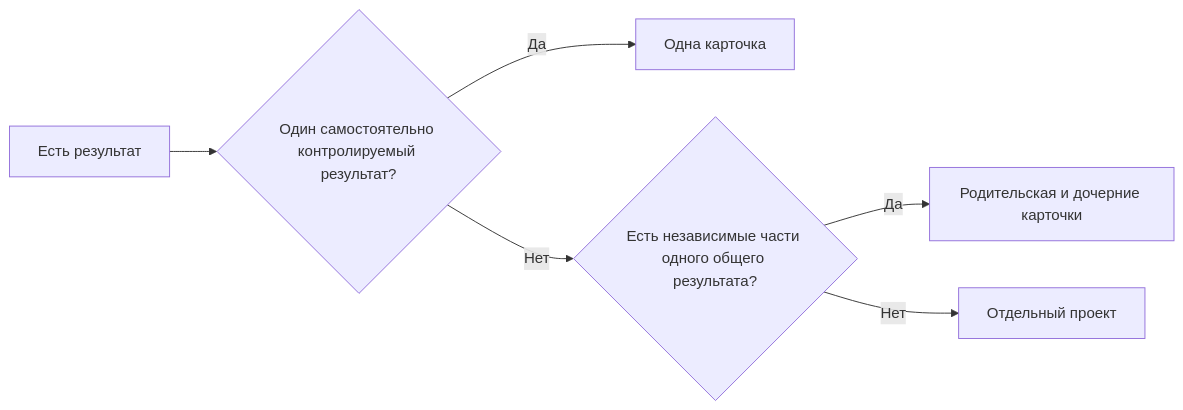
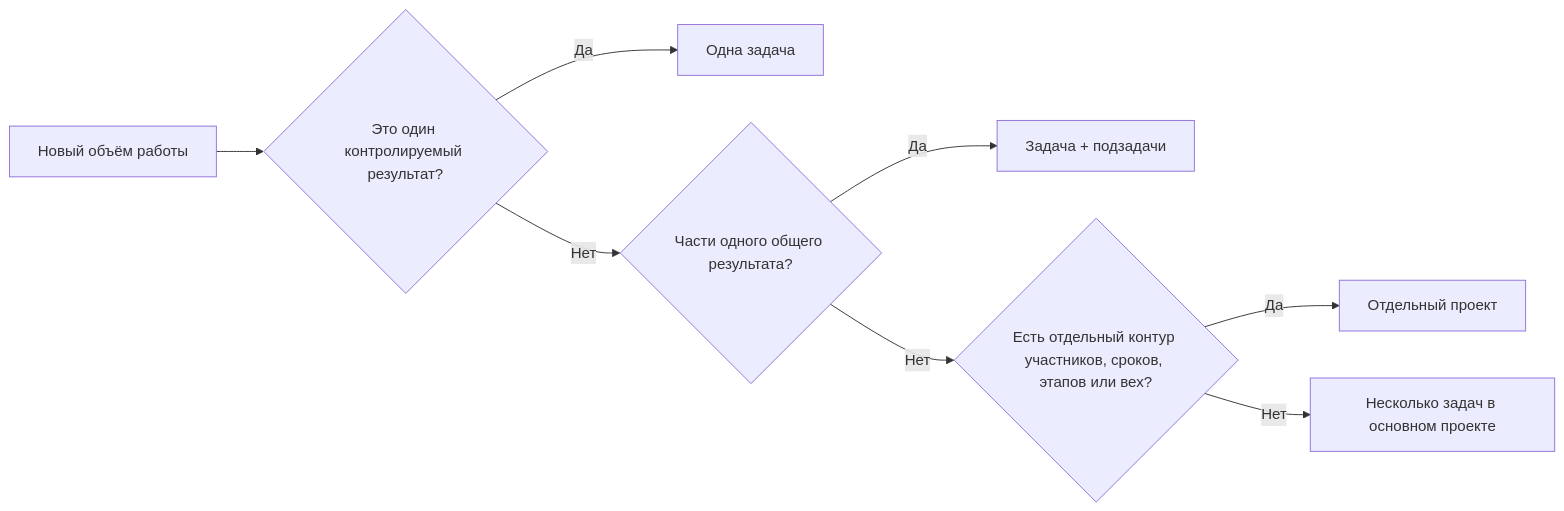
The fourth of 4 diagrams in docs/01-methodology.md (lazuale/department), drawn with Mermaid before and after one commit. The commit also changed other lines of this file, not shown here.

````diff
--- a/docs/01-methodology.md
+++ b/docs/01-methodology.md
@@ -292,8 +319,10 @@
 ```mermaid
 flowchart LR
-    A[Есть результат] --> B{Один самостоятельно контролируемый результат?}
-    B -- Да --> C[Одна карточка]
-    B -- Нет --> D{Есть независимые части одного общего результата?}
-    D -- Да --> E[Родительская и дочерние карточки]
-    D -- Нет --> F[Отдельный проект]
+    A[Новый объём работы] --> B{Это один контролируемый результат?}
+    B -- Да --> C[Одна задача]
+    B -- Нет --> D{Части одного общего результата?}
+    D -- Да --> E[Задача + подзадачи]
+    D -- Нет --> F{Есть отдельный контур участников, сроков, этапов или вех?}
+    F -- Да --> G[Отдельный проект]
+    F -- Нет --> H[Несколько задач в основном проекте]
 ```
````
